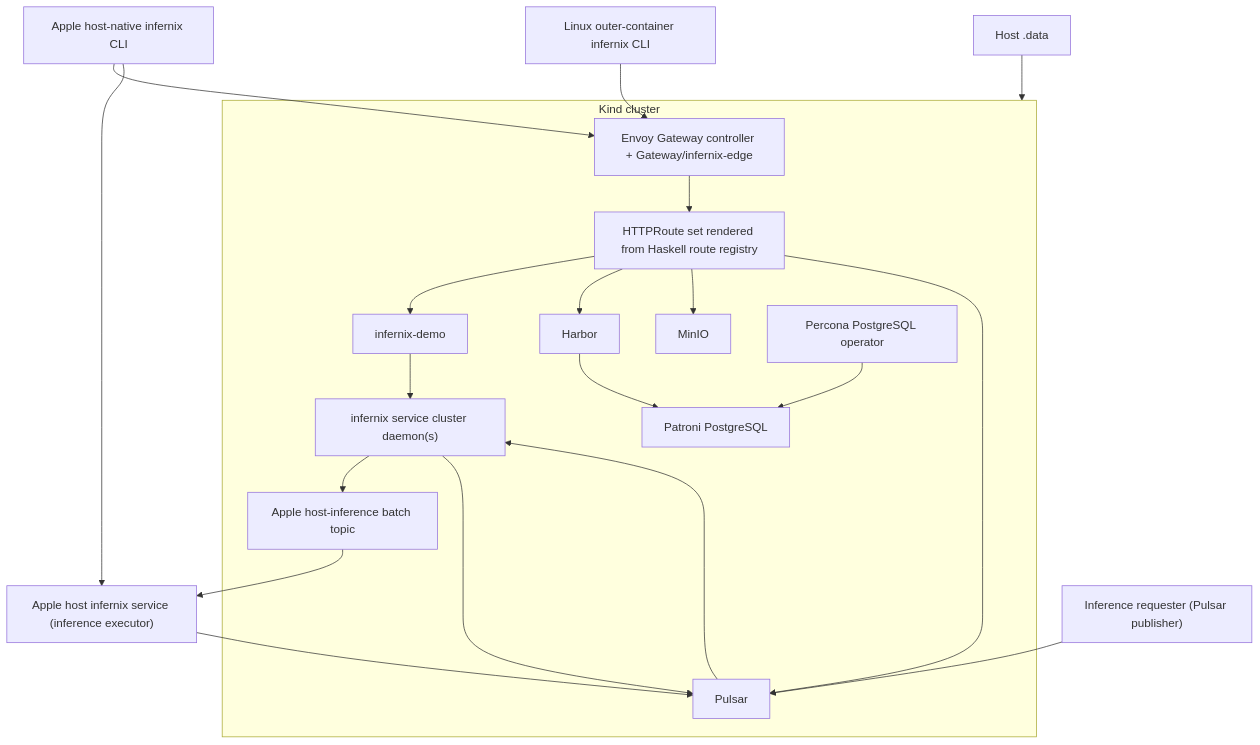
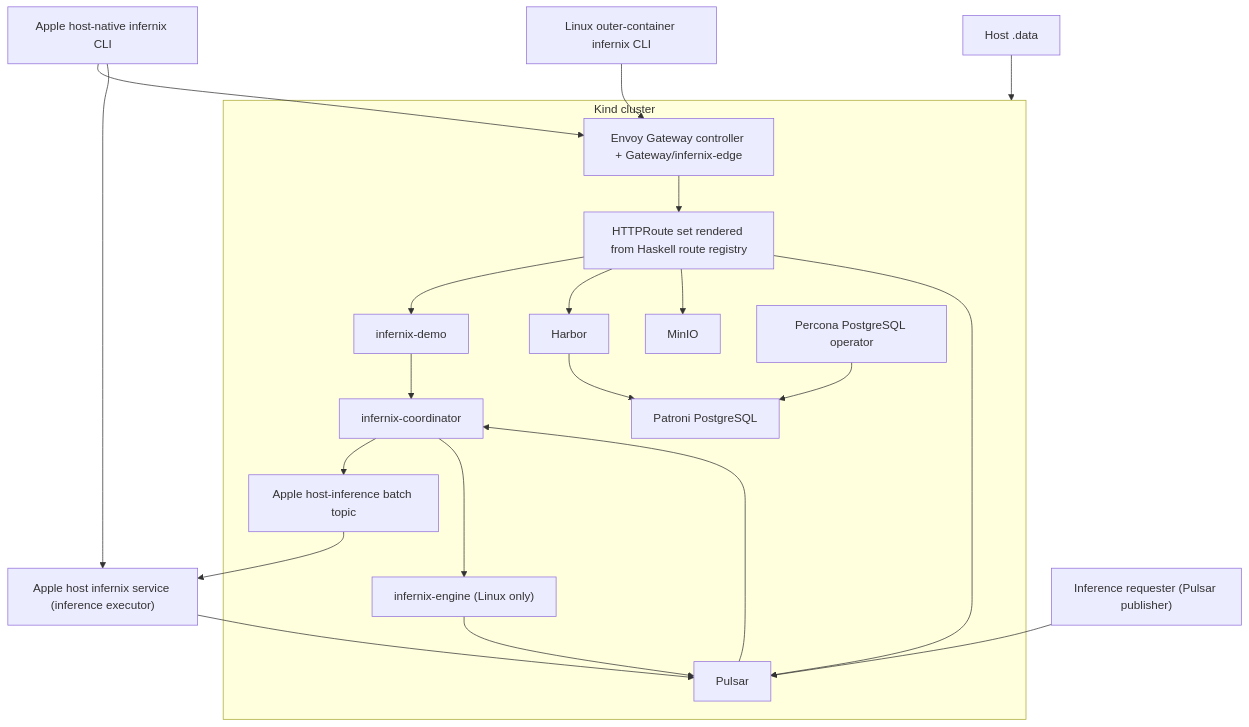
Before and after one commit to Tuee22/infernix: the diagram in DEVELOPMENT_PLAN/00-overview.md, drawn with Mermaid. The commit also changed other lines of this file and 17 other files, not shown here.

````diff
--- a/DEVELOPMENT_PLAN/00-overview.md
+++ b/DEVELOPMENT_PLAN/00-overview.md
@@ -255,40 +261,42 @@
 ```mermaid
 flowchart TB
     appleCli["Apple host-native infernix CLI"]
     appleHostDaemon["Apple host infernix service (inference executor)"]
     linuxCli["Linux outer-container infernix CLI"]
     data["Host .data"]
     requester["Inference requester (Pulsar publisher)"]
 
     subgraph kind["Kind cluster"]
         gateway["Envoy Gateway controller + Gateway/infernix-edge"]
         routes["HTTPRoute set rendered from Haskell route registry"]
         demo["infernix-demo"]
-        clusterService["infernix service cluster daemon(s)"]
+        coordinator["infernix-coordinator"]
+        engine["infernix-engine (Linux only)"]
         appleBatchTopic["Apple host-inference batch topic"]
         harbor["Harbor"]
         minio["MinIO"]
         pgop["Percona PostgreSQL operator"]
         postgres["Patroni PostgreSQL"]
         pulsar["Pulsar"]
     end
 
     appleCli --> gateway
     appleCli --> appleHostDaemon
     linuxCli --> gateway
     requester --> pulsar
     gateway --> routes
     routes --> demo
     routes --> harbor
     routes --> minio
     routes --> pulsar
-    demo --> clusterService
-    pulsar --> clusterService
-    clusterService --> appleBatchTopic
+    demo --> coordinator
+    pulsar --> coordinator
+    coordinator --> appleBatchTopic
     appleBatchTopic --> appleHostDaemon
     appleHostDaemon --> pulsar
-    clusterService --> pulsar
+    coordinator --> engine
+    engine --> pulsar
     harbor --> postgres
     pgop --> postgres
     data --> kind
 ```
````
